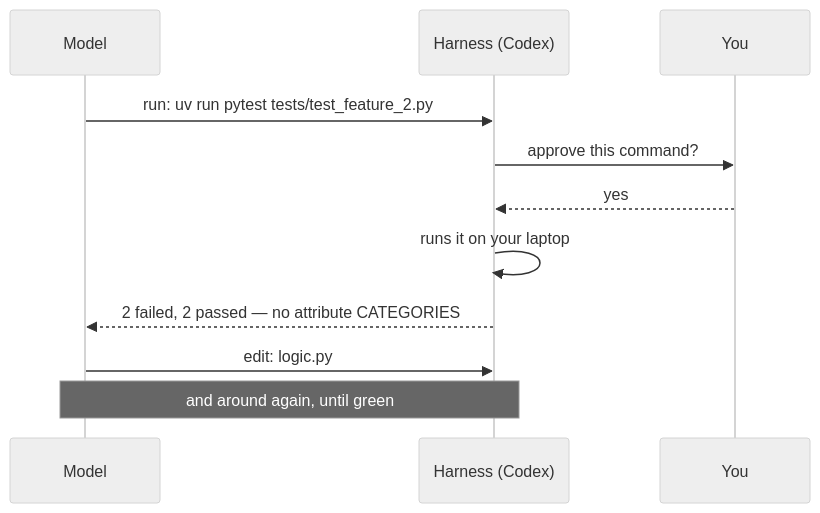
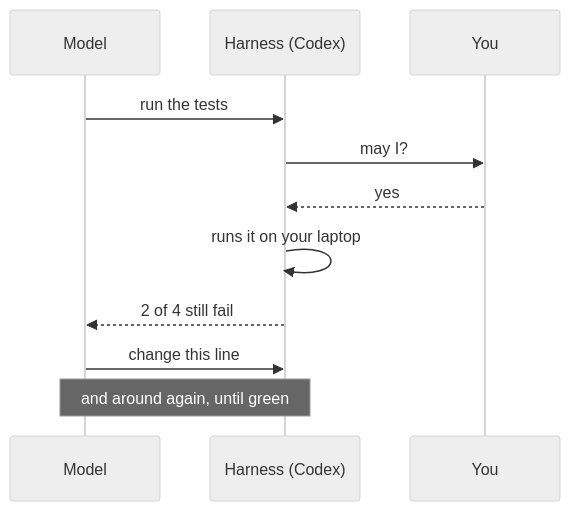
Before and after one commit to Nova-SBE-Introduction-to-Programming/intro-to-programming-2026: the diagram in decks/diagrams/tool-call.mmd, drawn with Mermaid (neutral theme). The commit also changed 14 other files, not shown here.

```diff
--- a/decks/diagrams/tool-call.mmd
+++ b/decks/diagrams/tool-call.mmd
@@ -1,11 +1,11 @@
 sequenceDiagram
   participant M as Model
   participant H as Harness (Codex)
   participant Y as You
-  M->>H: run: uv run pytest tests/test_feature_2.py
-  H->>Y: approve this command?
+  M->>H: run the tests
+  H->>Y: may I?
   Y-->>H: yes
   H->>H: runs it on your laptop
-  H-->>M: 2 failed, 2 passed — no attribute CATEGORIES
-  M->>H: edit: logic.py
+  H-->>M: 2 of 4 still fail
+  M->>H: change this line
   Note over M,H: and around again, until green
```
